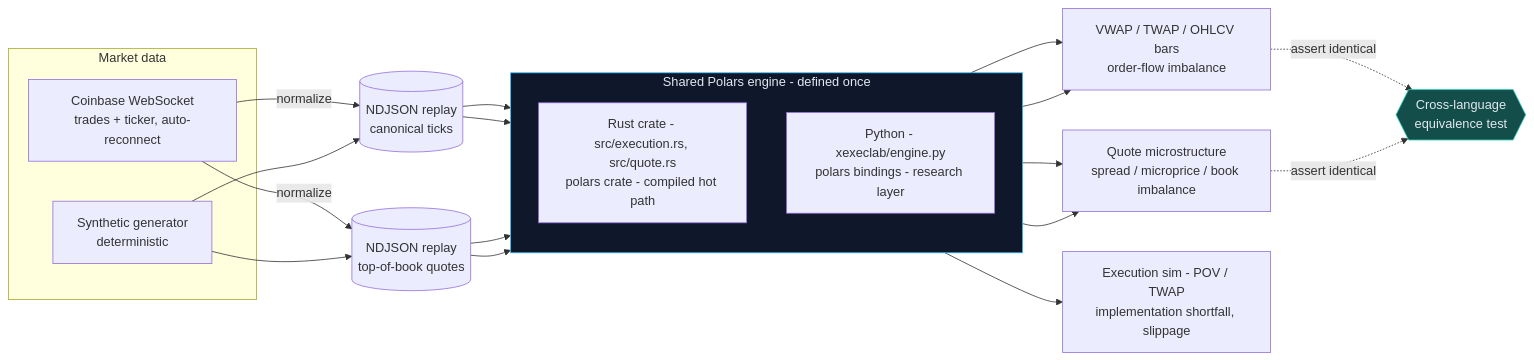
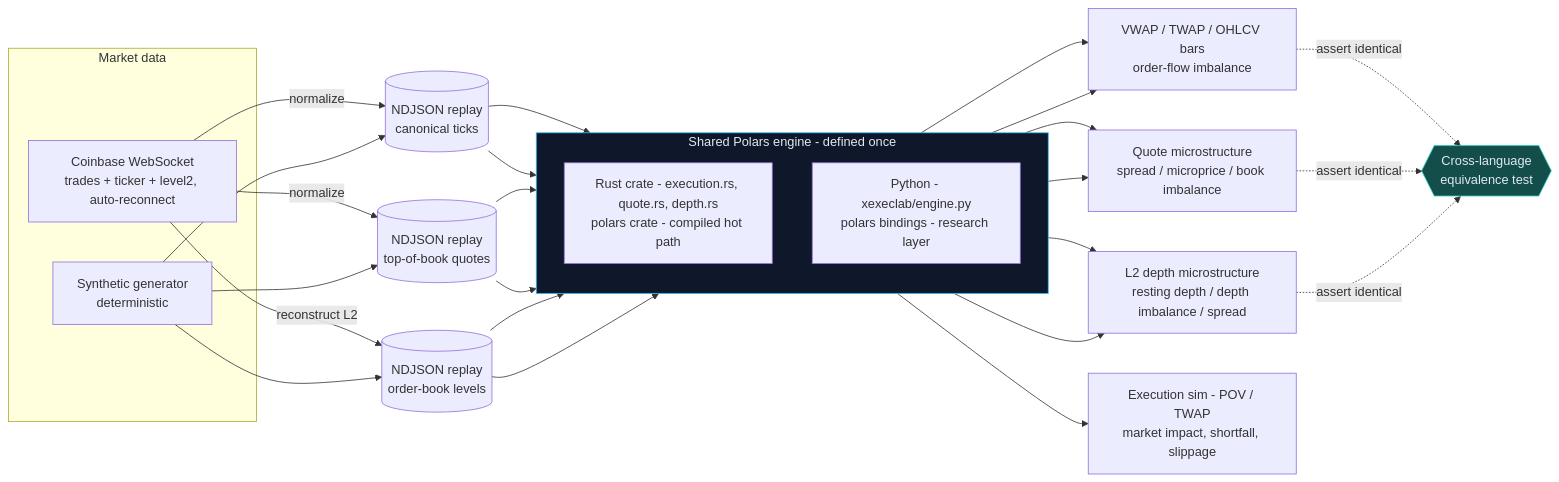
The diagram in README.md (ghoshp83/polars-execution-lab), drawn with Mermaid before and after one commit. The commit also changed other lines of this file and 5 other files, not shown here.

Commit message:
docs: release v0.4.0 (L2 depth microstructure and market impact)

````diff
--- a/README.md
+++ b/README.md
@@ -25,34 +26,41 @@
 ```mermaid
 flowchart LR
     subgraph ingest[Market data]
-        CB[Coinbase WebSocket<br/>trades + ticker, auto-reconnect]
+        CB[Coinbase WebSocket<br/>trades + ticker + level2, auto-reconnect]
         SYN[Synthetic generator<br/>deterministic]
     end
     CB -->|normalize| RP[(NDJSON replay<br/>canonical ticks)]
     CB -->|normalize| QRP[(NDJSON replay<br/>top-of-book quotes)]
+    CB -->|reconstruct L2| BRP[(NDJSON replay<br/>order-book levels)]
     SYN --> RP
     SYN --> QRP
+    SYN --> BRP
 
     subgraph engine[Shared Polars engine - defined once]
         direction TB
-        RUST["Rust crate - src/execution.rs, src/quote.rs<br/>polars crate - compiled hot path"]
+        RUST["Rust crate - execution.rs, quote.rs, depth.rs<br/>polars crate - compiled hot path"]
         PY["Python - xexeclab/engine.py<br/>polars bindings - research layer"]
     end
 
     RP --> RUST
     RP --> PY
     QRP --> RUST
     QRP --> PY
+    BRP --> RUST
+    BRP --> PY
 
     RUST --> BENCH[VWAP / TWAP / OHLCV bars<br/>order-flow imbalance]
     PY --> BENCH
     RUST --> BOOK[Quote microstructure<br/>spread / microprice / book imbalance]
     PY --> BOOK
-    PY --> FILLS["Execution sim - POV / TWAP<br/>implementation shortfall, slippage"]
+    RUST --> DEPTH[L2 depth microstructure<br/>resting depth / depth imbalance / spread]
+    PY --> DEPTH
+    PY --> FILLS["Execution sim - POV / TWAP<br/>market impact, shortfall, slippage"]
 
     BENCH -.->|assert identical| EQ{{Cross-language<br/>equivalence test}}
     BOOK -.->|assert identical| EQ
+    DEPTH -.->|assert identical| EQ
 
     style engine fill:#0f172a,stroke:#38bdf8,color:#e2e8f0
     style EQ fill:#134e4a,stroke:#2dd4bf,color:#e2e8f0
 ```
````
